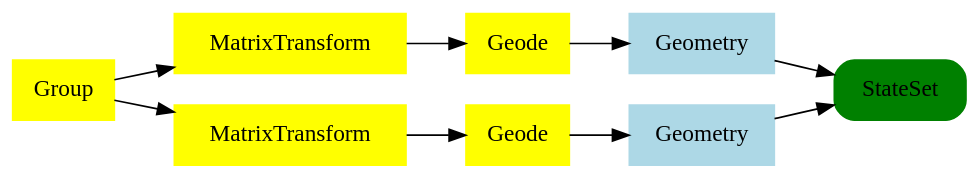
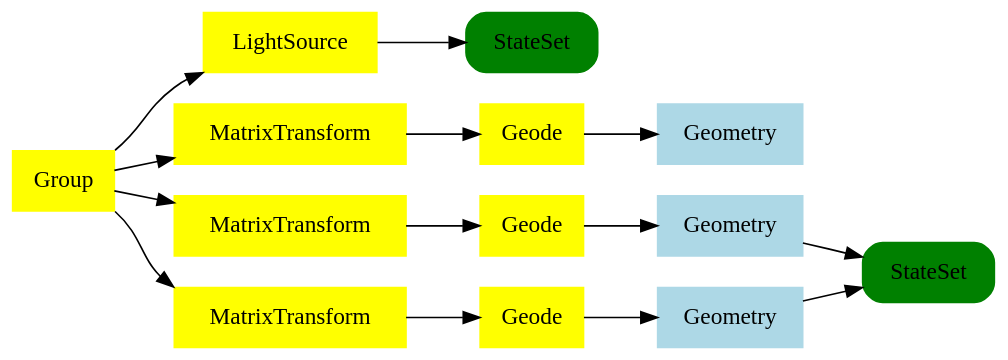
One commit to pedro-vales/IGM-OSG changed the diagram in scene_graph.dot. Above: the diagram before and after it, drawn with Graphviz. The commit also changed 4 other files, not shown here.

```diff
--- a/scene_graph.dot
+++ b/scene_graph.dot
@@ -1,19 +1,29 @@
 digraph osg_scenegraph { rankdir = LR;
 bgcolor=transparent;
 0[shape="record" ,label="<top> Group" ,style="solid, filled" ,color="yellow" ,fillColor="black"]
-1[shape="record" ,label="<top> MatrixTransform" ,style="solid, filled" ,color="yellow" ,fillColor="black"]
-2[shape="record" ,label="<top> Geode" ,style="solid, filled" ,color="yellow" ,fillColor="black"]
-3[shape="record" ,label="<top> Geometry" ,style="solid, filled" ,color="lightblue" ,fillColor="black"]
-4[shape="Mrecord" ,label="<top> StateSet" ,style="solid, filled" ,color="green" ,fillColor="black"]
-5[shape="record" ,label="<top> MatrixTransform" ,style="solid, filled" ,color="yellow" ,fillColor="black"]
-6[shape="record" ,label="<top> Geode" ,style="solid, filled" ,color="yellow" ,fillColor="black"]
-7[shape="record" ,label="<top> Geometry" ,style="solid, filled" ,color="lightblue" ,fillColor="black"]
+1[shape="record" ,label="<top> LightSource" ,style="solid, filled" ,color="yellow" ,fillColor="black"]
+2[shape="Mrecord" ,label="<top> StateSet" ,style="solid, filled" ,color="green" ,fillColor="black"]
+3[shape="record" ,label="<top> MatrixTransform" ,style="solid, filled" ,color="yellow" ,fillColor="black"]
+4[shape="record" ,label="<top> Geode" ,style="solid, filled" ,color="yellow" ,fillColor="black"]
+5[shape="record" ,label="<top> Geometry" ,style="solid, filled" ,color="lightblue" ,fillColor="black"]
+6[shape="record" ,label="<top> MatrixTransform" ,style="solid, filled" ,color="yellow" ,fillColor="black"]
+7[shape="record" ,label="<top> Geode" ,style="solid, filled" ,color="yellow" ,fillColor="black"]
+8[shape="record" ,label="<top> Geometry" ,style="solid, filled" ,color="lightblue" ,fillColor="black"]
+9[shape="Mrecord" ,label="<top> StateSet" ,style="solid, filled" ,color="green" ,fillColor="black"]
+10[shape="record" ,label="<top> MatrixTransform" ,style="solid, filled" ,color="yellow" ,fillColor="black"]
+11[shape="record" ,label="<top> Geode" ,style="solid, filled" ,color="yellow" ,fillColor="black"]
+12[shape="record" ,label="<top> Geometry" ,style="solid, filled" ,color="lightblue" ,fillColor="black"]
+1:top -> 2:top [style=""];
+4:top -> 5:top [style=""];
 3:top -> 4:top [style=""];
-2:top -> 3:top [style=""];
-1:top -> 2:top [style=""];
-7:top -> 4:top [style=""];
+8:top -> 9:top [style=""];
+7:top -> 8:top [style=""];
 6:top -> 7:top [style=""];
-5:top -> 6:top [style=""];
+12:top -> 9:top [style=""];
+11:top -> 12:top [style=""];
+10:top -> 11:top [style=""];
 0:top -> 1:top [style=""];
-0:top -> 5:top [style=""];
+0:top -> 3:top [style=""];
+0:top -> 6:top [style=""];
+0:top -> 10:top [style=""];
 }
```
